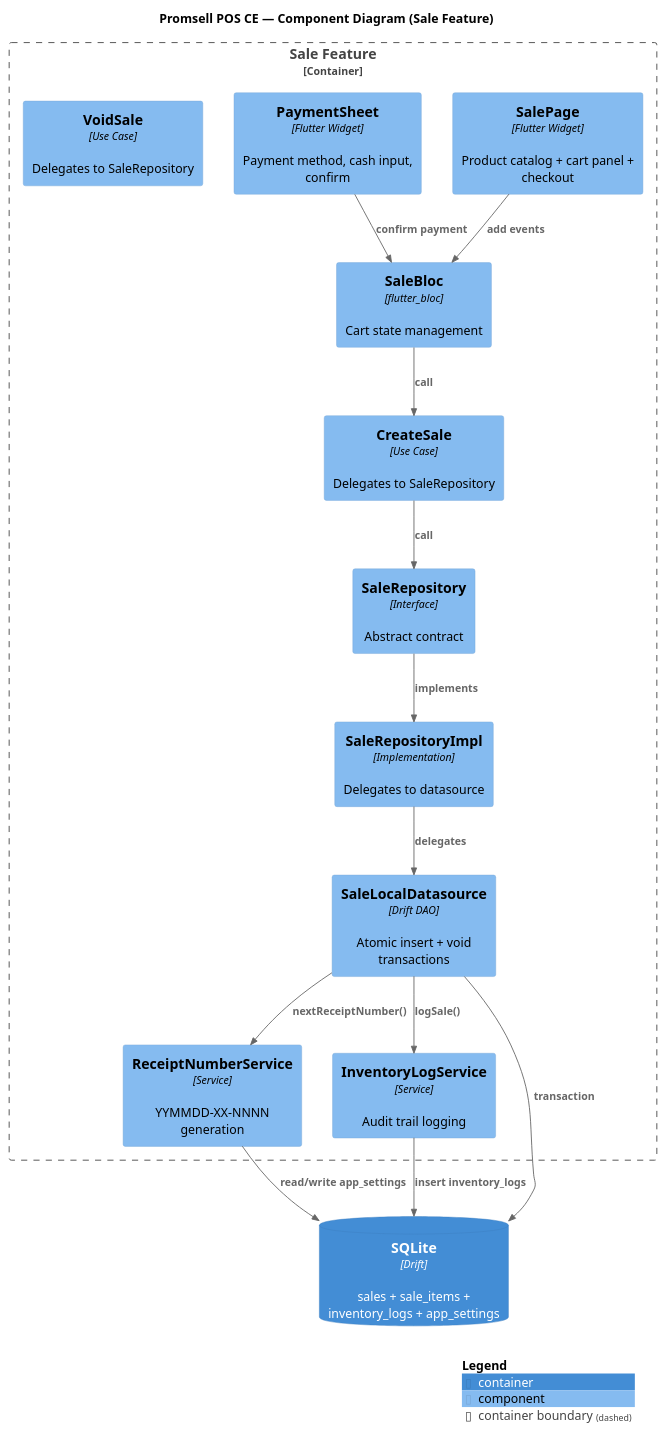
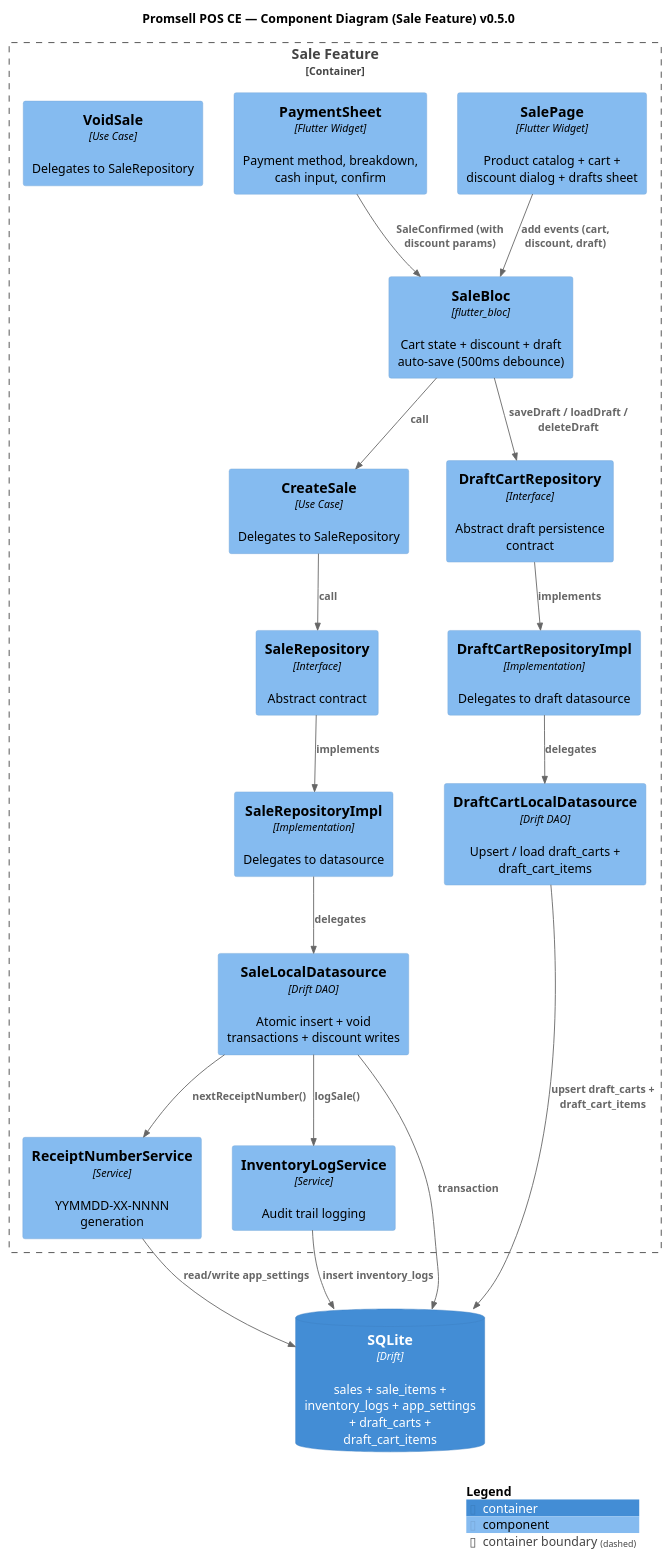
The diagram in docs/architecture/c4-component.puml (MN-Lizard-Team/promsell-pos-ce), drawn with PlantUML before and after one commit. The commit also changed 56 other files, not shown here.

```diff
--- a/docs/architecture/c4-component.puml
+++ b/docs/architecture/c4-component.puml
@@ -1,34 +1,41 @@
 @startuml C4_Component
 !include https://raw.githubusercontent.com/plantuml-stdlib/C4-PlantUML/master/C4_Component.puml
 
-title Promsell POS CE — Component Diagram (Sale Feature)
+title Promsell POS CE — Component Diagram (Sale Feature) v0.5.0
 
 Container_Boundary(sale_feature, "Sale Feature") {
-    Component(sale_page, "SalePage", "Flutter Widget", "Product catalog + cart panel + checkout")
-    Component(payment_sheet, "PaymentSheet", "Flutter Widget", "Payment method, cash input, confirm")
-    Component(sale_bloc, "SaleBloc", "flutter_bloc", "Cart state management")
+    Component(sale_page, "SalePage", "Flutter Widget", "Product catalog + cart + discount dialog + drafts sheet")
+    Component(payment_sheet, "PaymentSheet", "Flutter Widget", "Payment method, breakdown, cash input, confirm")
+    Component(sale_bloc, "SaleBloc", "flutter_bloc", "Cart state + discount + draft auto-save (500ms debounce)")
     Component(create_sale_uc, "CreateSale", "Use Case", "Delegates to SaleRepository")
     Component(void_sale_uc, "VoidSale", "Use Case", "Delegates to SaleRepository")
     Component(sale_repo, "SaleRepository", "Interface", "Abstract contract")
     Component(sale_repo_impl, "SaleRepositoryImpl", "Implementation", "Delegates to datasource")
-    Component(sale_ds, "SaleLocalDatasource", "Drift DAO", "Atomic insert + void transactions")
+    Component(sale_ds, "SaleLocalDatasource", "Drift DAO", "Atomic insert + void transactions + discount writes")
     Component(receipt_svc, "ReceiptNumberService", "Service", "YYMMDD-XX-NNNN generation")
     Component(inv_log_svc, "InventoryLogService", "Service", "Audit trail logging")
+    Component(draft_repo, "DraftCartRepository", "Interface", "Abstract draft persistence contract")
+    Component(draft_repo_impl, "DraftCartRepositoryImpl", "Implementation", "Delegates to draft datasource")
+    Component(draft_ds, "DraftCartLocalDatasource", "Drift DAO", "Upsert / load draft_carts + draft_cart_items")
 }
 
-ContainerDb(db, "SQLite", "Drift", "sales + sale_items + inventory_logs + app_settings")
+ContainerDb(db, "SQLite", "Drift", "sales + sale_items + inventory_logs + app_settings + draft_carts + draft_cart_items")
 
-Rel(sale_page, sale_bloc, "add events")
-Rel(payment_sheet, sale_bloc, "confirm payment")
+Rel(sale_page, sale_bloc, "add events (cart, discount, draft)")
+Rel(payment_sheet, sale_bloc, "SaleConfirmed (with discount params)")
 Rel(sale_bloc, create_sale_uc, "call")
+Rel(sale_bloc, draft_repo, "saveDraft / loadDraft / deleteDraft")
 Rel(create_sale_uc, sale_repo, "call")
 Rel(sale_repo, sale_repo_impl, "implements")
 Rel(sale_repo_impl, sale_ds, "delegates")
+Rel(draft_repo, draft_repo_impl, "implements")
+Rel(draft_repo_impl, draft_ds, "delegates")
 Rel(sale_ds, receipt_svc, "nextReceiptNumber()")
 Rel(sale_ds, inv_log_svc, "logSale()")
 Rel(sale_ds, db, "transaction")
 Rel(receipt_svc, db, "read/write app_settings")
 Rel(inv_log_svc, db, "insert inventory_logs")
+Rel(draft_ds, db, "upsert draft_carts + draft_cart_items")
 
 SHOW_LEGEND()
 @enduml
```
